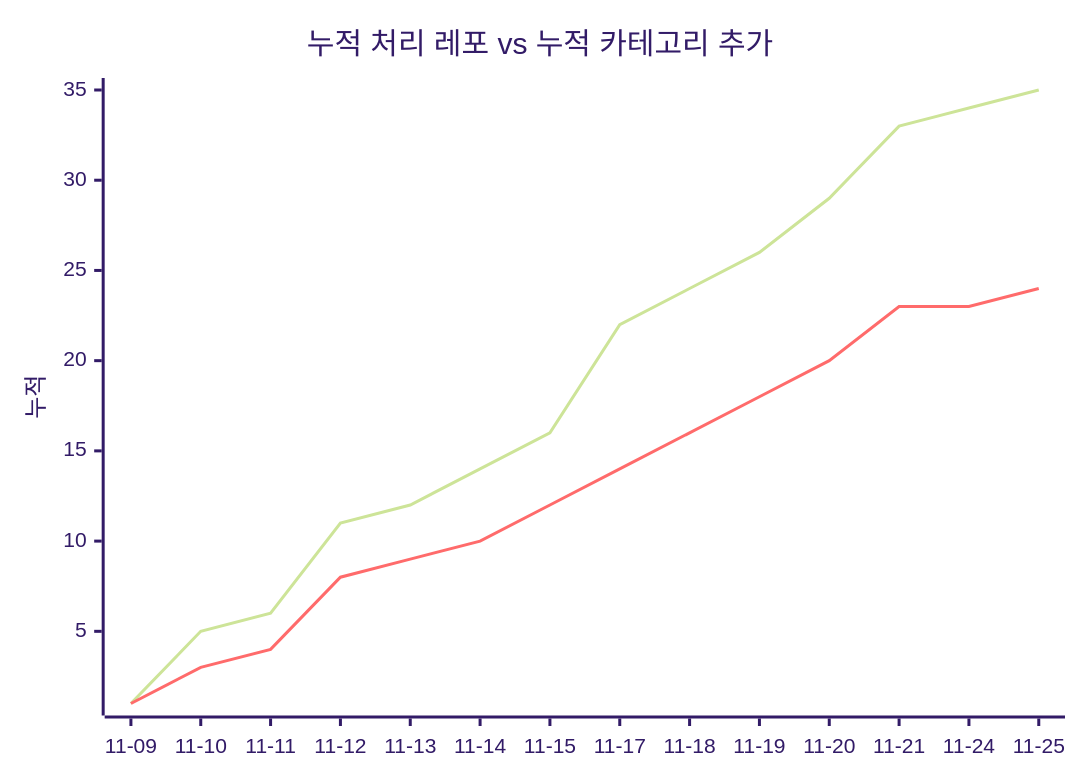
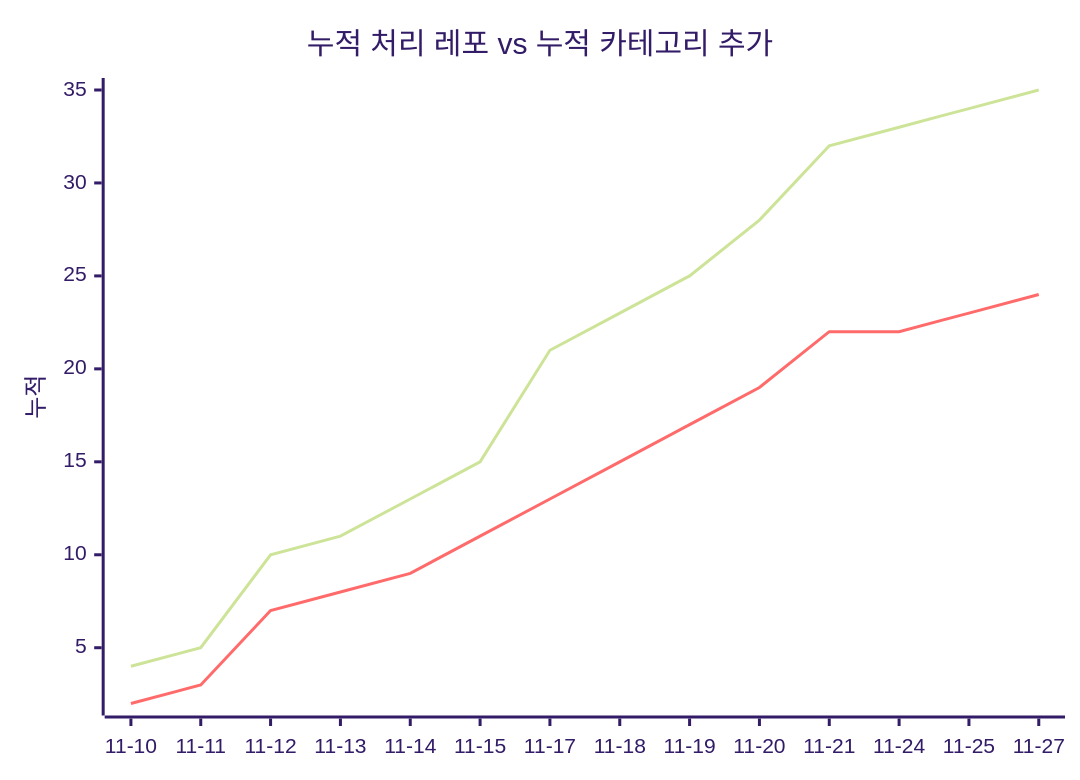
One commit to J-nowcow/awesome-korean-agent-skills changed the second of 2 diagrams in docs/trends.md. Above: the diagram before and after it, drawn with Mermaid (forest theme). The commit also changed other lines of this file and 27 other files, not shown here.

````diff
--- a/docs/trends.md
+++ b/docs/trends.md
@@ -68,8 +68,8 @@
 ```mermaid
 xychart-beta
     title "누적 처리 레포 vs 누적 카테고리 추가"
-    x-axis ["11-09","11-10","11-11","11-12","11-13","11-14","11-15","11-17","11-18","11-19","11-20","11-21","11-24","11-25"]
+    x-axis ["11-10","11-11","11-12","11-13","11-14","11-15","11-17","11-18","11-19","11-20","11-21","11-24","11-25","11-27"]
     y-axis "누적"
-    line [1,5,6,11,12,14,16,22,24,26,29,33,34,35]
-    line [1,3,4,8,9,10,12,14,16,18,20,23,23,24]
+    line [4,5,10,11,13,15,21,23,25,28,32,33,34,35]
+    line [2,3,7,8,9,11,13,15,17,19,22,22,23,24]
 ```
````
